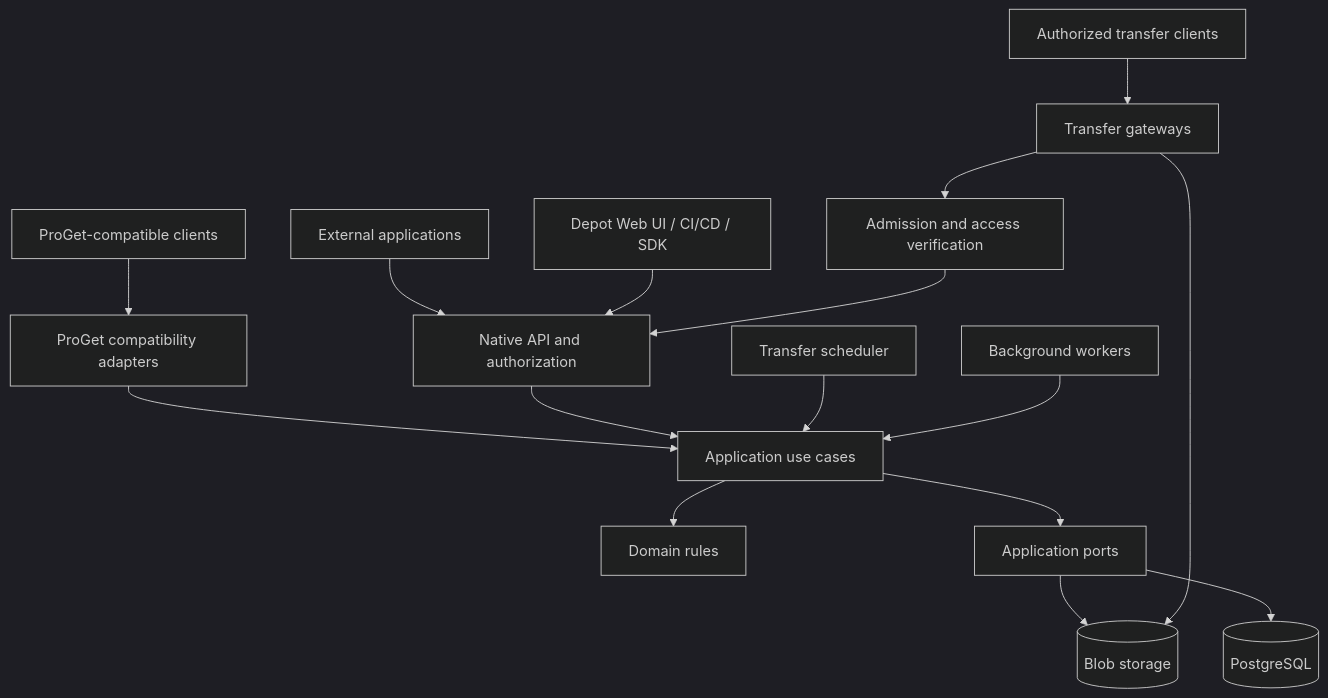
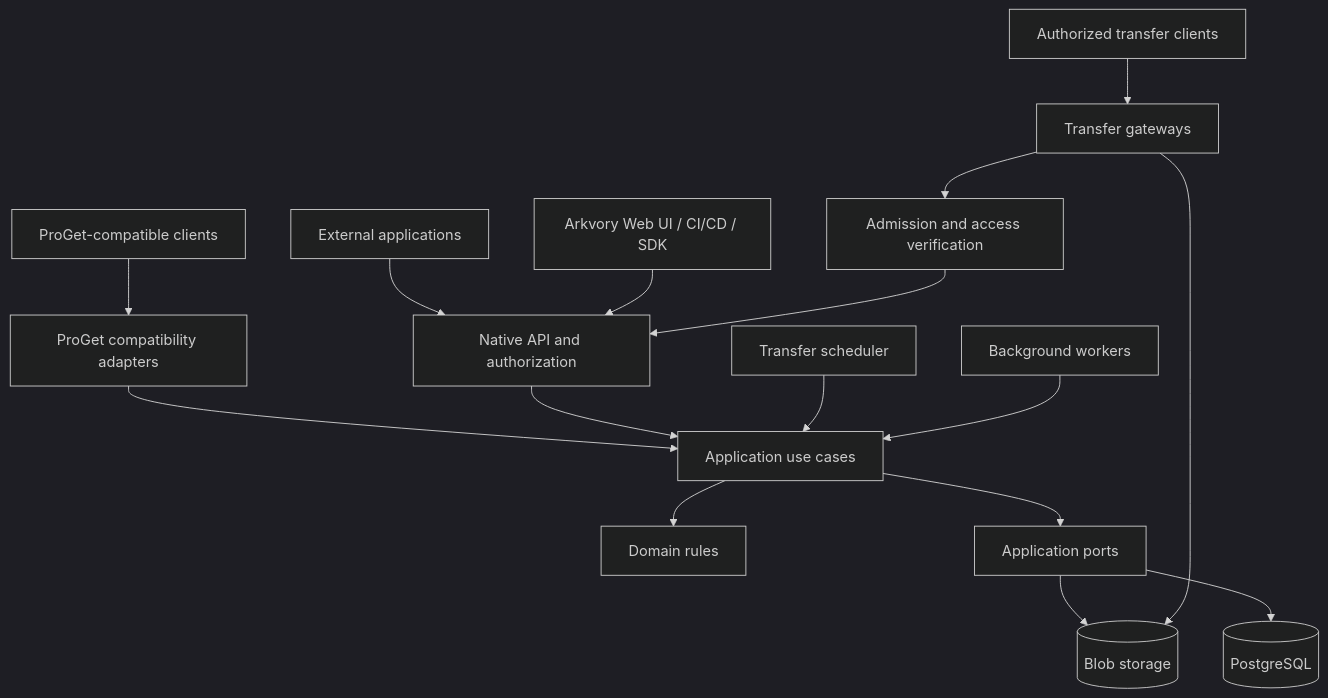
The diagram in README.md (ProAnima/Arkvory), drawn with Mermaid (dark theme) before and after one commit. The commit also changed other lines of this file and 433 other files, not shown here.

````diff
--- a/README.md
+++ b/README.md
@@ -99,18 +103,18 @@
 ```mermaid
 flowchart TD
     EXT[External applications] --> API[Native API and authorization]
-    UI[Depot Web UI / CI/CD / SDK] --> API
+    UI[Arkvory Web UI / CI/CD / SDK] --> API
     LEGACY[ProGet-compatible clients] --> COMPAT[ProGet compatibility adapters]
     COMPAT --> APP[Application use cases]
     API --> APP
     APP --> DOMAIN[Domain rules]
     APP --> PORTS[Application ports]
     PORTS --> DB[(PostgreSQL)]
     PORTS --> BLOBS[(Blob storage)]
     SCHED[Transfer scheduler] --> APP
     WORKER[Background workers] --> APP
     CLIENT[Authorized transfer clients] --> GATEWAY[Transfer gateways]
     GATEWAY --> BLOBS
     GATEWAY --> AUTH[Admission and access verification]
     AUTH --> API
 ```
````
